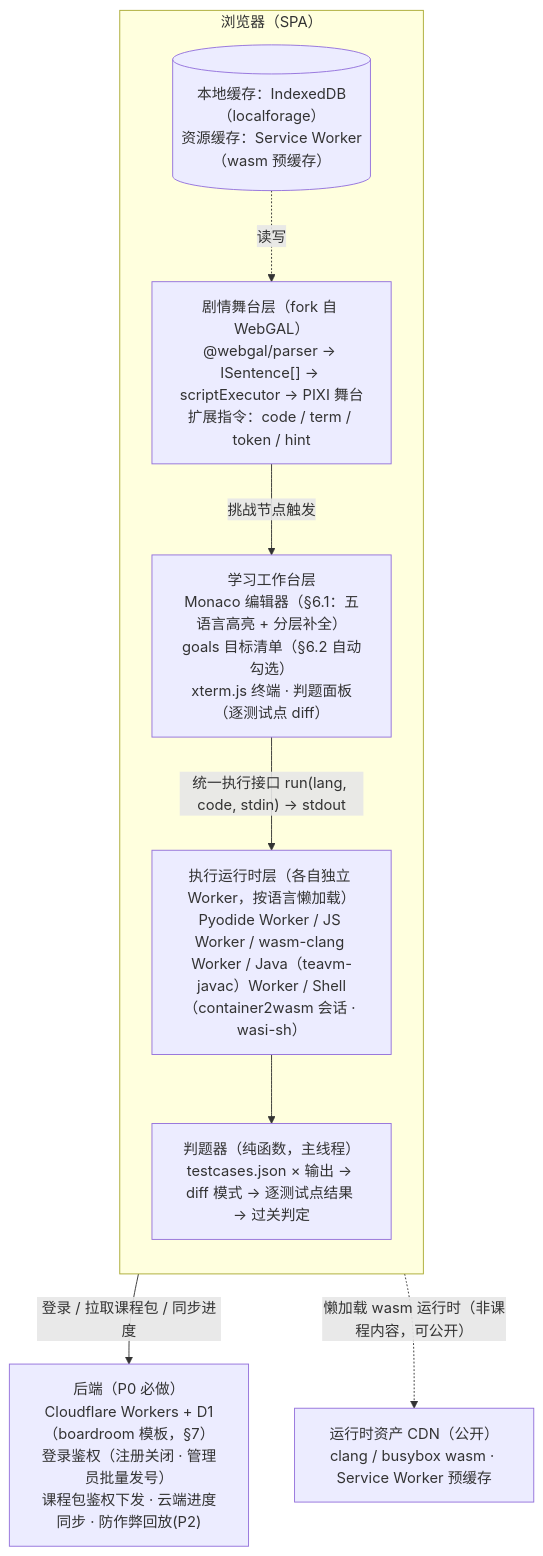
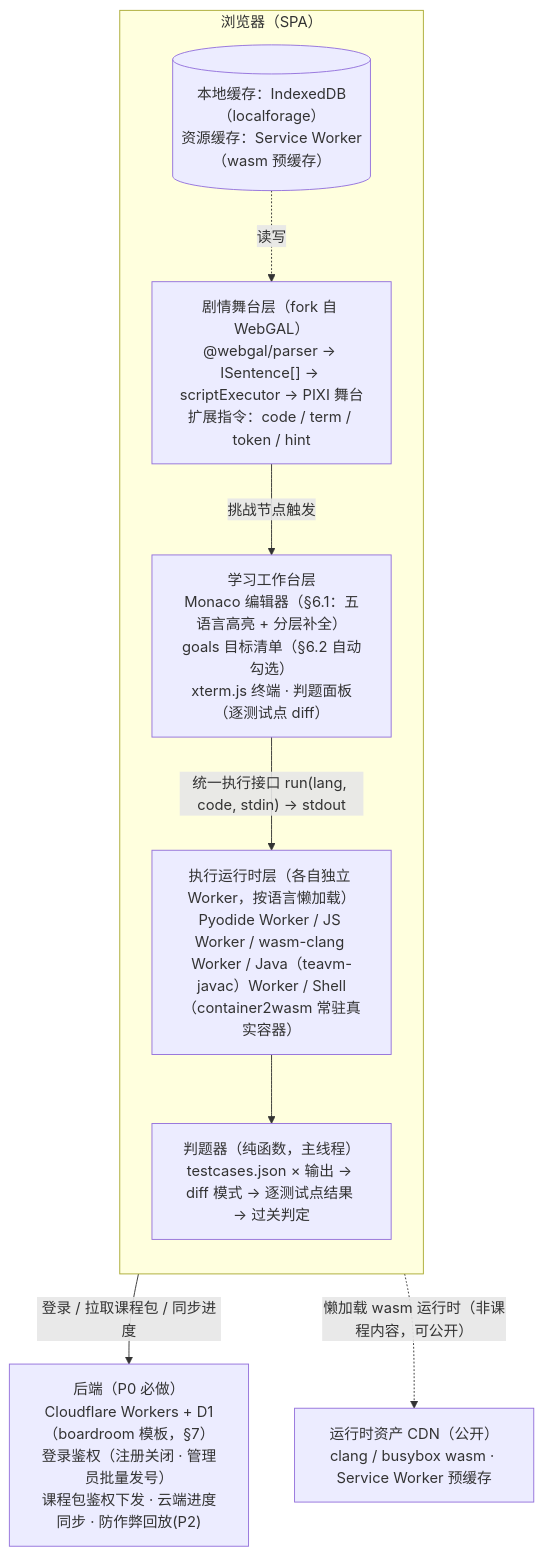
The diagram in docs/编程学习系统设计书.md (HarukiTakehata/codequest), drawn with Mermaid before and after one commit. The commit also changed other lines of this file and 113 other files, not shown here.

````diff
--- a/docs/编程学习系统设计书.md
+++ b/docs/编程学习系统设计书.md
@@ -83,21 +83,21 @@
 ```mermaid
 flowchart TB
     subgraph SPA["浏览器（SPA）"]
         direction TB
         Stage["剧情舞台层（fork 自 WebGAL）<br/>@webgal/parser → ISentence[] → scriptExecutor → PIXI 舞台<br/>扩展指令：code / term / token / hint"]
         Workbench["学习工作台层<br/>Monaco 编辑器（§6.1：五语言高亮 + 分层补全）<br/>goals 目标清单（§6.2 自动勾选）<br/>xterm.js 终端 · 判题面板（逐测试点 diff）"]
-        Runtime["执行运行时层（各自独立 Worker，按语言懒加载）<br/>Pyodide Worker / JS Worker / wasm-clang Worker / Java（teavm-javac）Worker / Shell（container2wasm 会话 · wasi-sh）"]
+        Runtime["执行运行时层（各自独立 Worker，按语言懒加载）<br/>Pyodide Worker / JS Worker / wasm-clang Worker / Java（teavm-javac）Worker / Shell（container2wasm 常驻真实容器）"]
         Judge["判题器（纯函数，主线程）<br/>testcases.json × 输出 → diff 模式 → 逐测试点结果 → 过关判定"]
         Store[("本地缓存：IndexedDB（localforage）<br/>资源缓存：Service Worker（wasm 预缓存）")]
 
         Stage -- "挑战节点触发" --> Workbench
         Workbench -- "统一执行接口 run(lang, code, stdin) → stdout" --> Runtime
         Runtime --> Judge
         Store -.读写.-> Stage
     end
 
     Backend["后端（P0 必做）<br/>Cloudflare Workers + D1（boardroom 模板，§7）<br/>登录鉴权（注册关闭 · 管理员批量发号）<br/>课程包鉴权下发 · 云端进度同步 · 防作弊回放(P2)"]
     SPA -- "登录 / 拉取课程包 / 同步进度" --> Backend
     CDN["运行时资产 CDN（公开）<br/>clang / busybox wasm · Service Worker 预缓存"]
     SPA -. "懒加载 wasm 运行时（非课程内容，可公开）" .-> CDN
 ```
````
